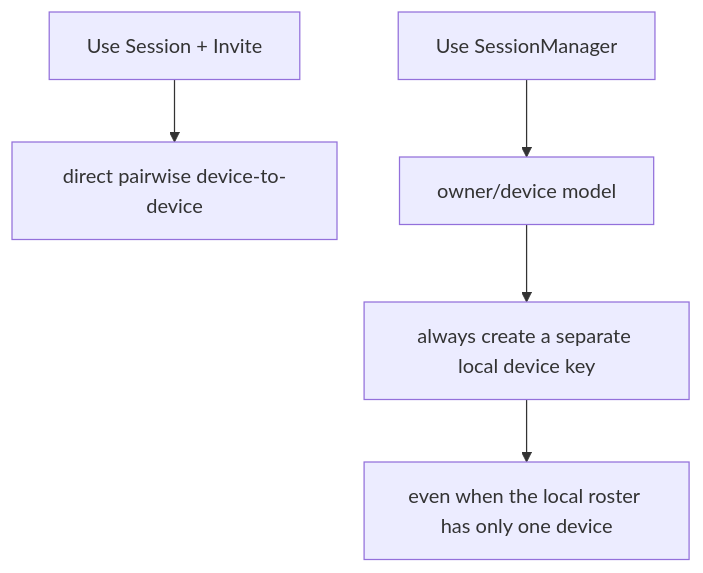
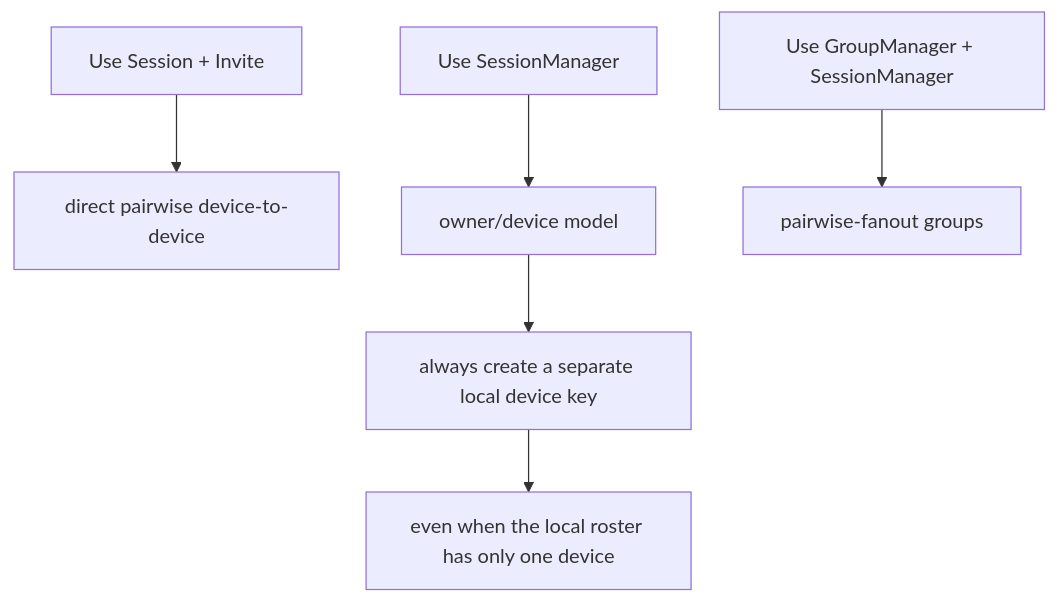
One commit to lauri000/nostr-double-ratchet changed the third of 3 diagrams in README.md. Above: the diagram before and after it, drawn with Mermaid. The commit also changed other lines of this file and 10 other files, not shown here.

Commit message:
Add pairwise-fanout group manager

````diff
--- a/README.md
+++ b/README.md
@@ -73,7 +77,8 @@
 ```mermaid
 flowchart TD
   A["Use Session + Invite"] --> A1["direct pairwise device-to-device"]
   B["Use SessionManager"] --> B1["owner/device model"]
+  C["Use GroupManager + SessionManager"] --> C1["pairwise-fanout groups"]
   B1 --> B2["always create a separate local device key"]
   B2 --> B3["even when the local roster has only one device"]
 ```
````
